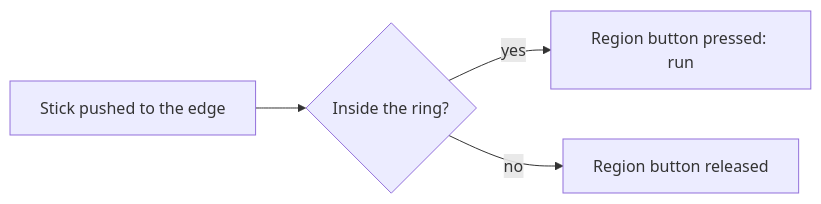
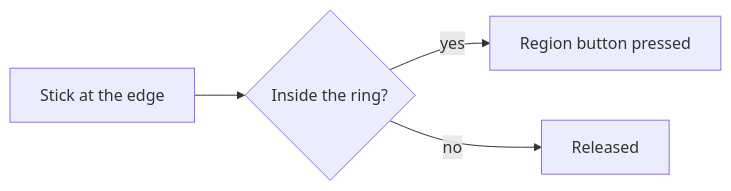
The fourth of 4 diagrams in wiki/Sticks-Triggers-Touchpad-and-Motion.md (xsyetopz/OpenJoystickDriver), drawn with Mermaid before and after one commit. The commit also changed other lines of this file, not shown here.

````diff
--- a/wiki/Sticks-Triggers-Touchpad-and-Motion.md
+++ b/wiki/Sticks-Triggers-Touchpad-and-Motion.md
@@ -108,6 +101,6 @@
 ```mermaid
 flowchart LR
-    P[Stick pushed to the edge] --> Q{Inside the ring?}
-    Q -->|yes| B[Region button pressed: run]
-    Q -->|no| N[Region button released]
+    P[Stick at the edge] --> Q{Inside the ring?}
+    Q -->|yes| B[Region button pressed]
+    Q -->|no| N[Released]
 ```
````
